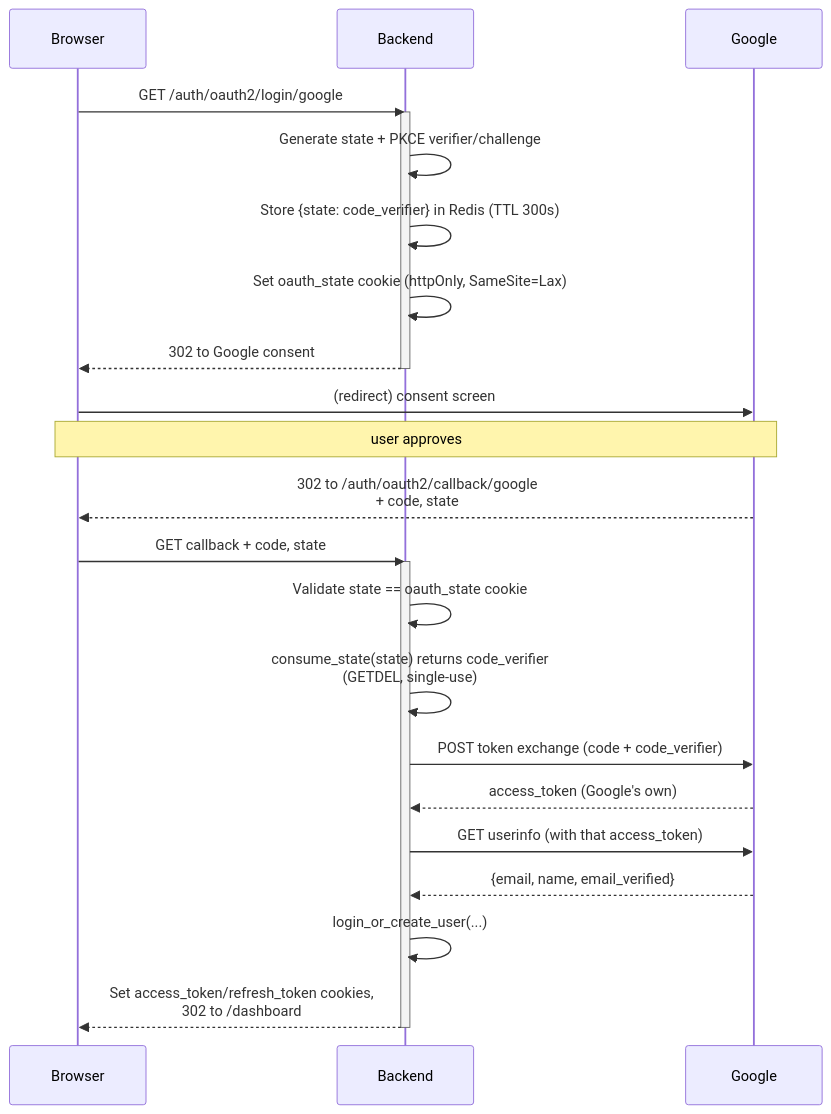
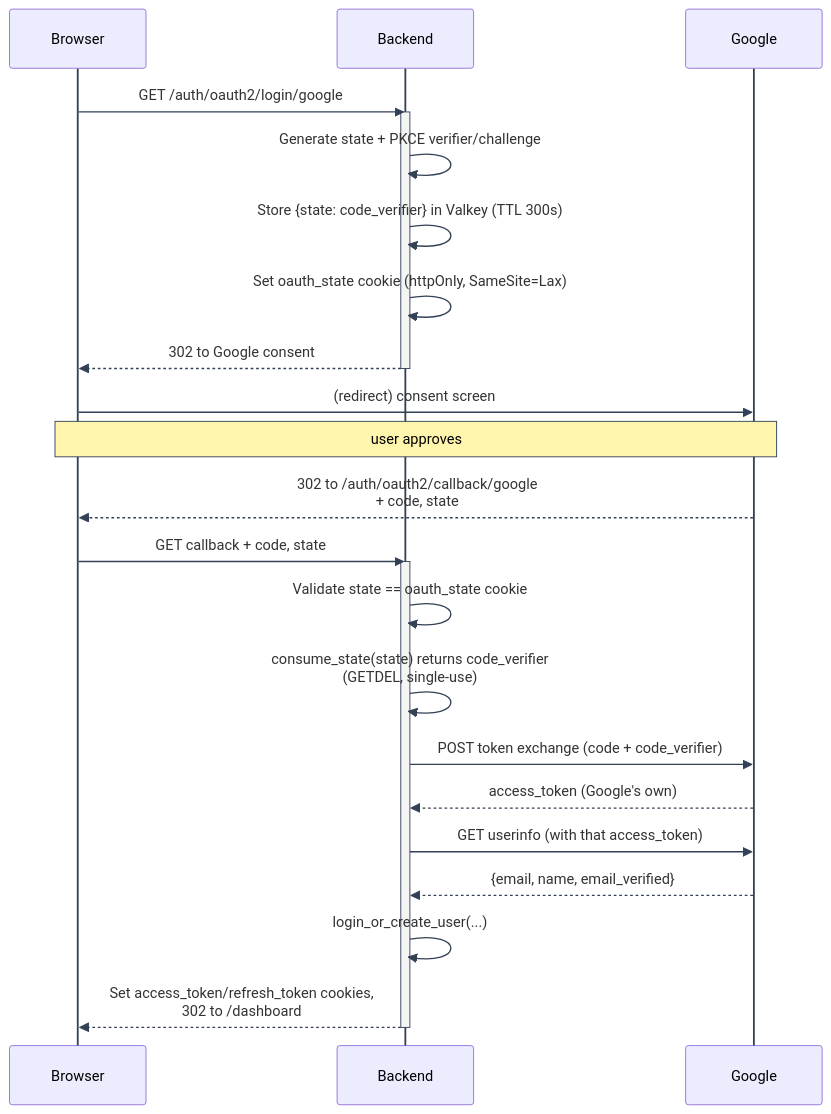
The diagram in docs/mystic_auth/authentication/oauth2-pkce.md (Nachiket-2024/balance_sheet_analysis), drawn with Mermaid before and after one commit. The commit also changed other lines of this file and 1793 other files, not shown here.

````diff
--- a/docs/mystic_auth/authentication/oauth2-pkce.md
+++ b/docs/mystic_auth/authentication/oauth2-pkce.md
@@ -22,30 +25,31 @@
 ```mermaid
+%%{init: {"themeVariables": {"lineColor": "#334155", "signalColor": "#334155", "actorLineColor": "#334155", "activationBorderColor": "#334155", "labelBoxBorderColor": "#334155", "labelBoxBkgColor": "#e2e8f0", "noteBorderColor": "#334155"}, "themeCSS": ".messageLine0, .messageLine1 { stroke-width: 2px !important; }"} }%%
 sequenceDiagram
     participant B as Browser
     participant S as Backend
     participant G as Google
 
     B->>S: GET /auth/oauth2/login/google
     activate S
     S->>S: Generate state + PKCE verifier/challenge
-    S->>S: Store {state: code_verifier} in Redis (TTL 300s)
+    S->>S: Store {state: code_verifier} in Valkey (TTL 300s)
     S->>S: Set oauth_state cookie (httpOnly, SameSite=Lax)
     S-->>B: 302 to Google consent
     deactivate S
 
     B->>G: (redirect) consent screen
     Note over B,G: user approves
-    G-->>B: 302 to /auth/oauth2/callback/google<br/>+ code, state
+    G-->>B: 302 to /auth/oauth2/callback/google<br/> + code, state
 
     B->>S: GET callback + code, state
     activate S
     S->>S: Validate state == oauth_state cookie
-    S->>S: consume_state(state) returns code_verifier<br/>(GETDEL, single-use)
+    S->>S: consume_state(state) returns code_verifier<br/> (GETDEL, single-use)
     S->>G: POST token exchange (code + code_verifier)
     G-->>S: access_token (Google's own)
     S->>G: GET userinfo (with that access_token)
     G-->>S: {email, name, email_verified}
     S->>S: login_or_create_user(...)
-    S-->>B: Set access_token/refresh_token cookies,<br/>302 to /dashboard
+    S-->>B: Set access_token/refresh_token cookies,<br/> 302 to /dashboard
     deactivate S
 ```
````
